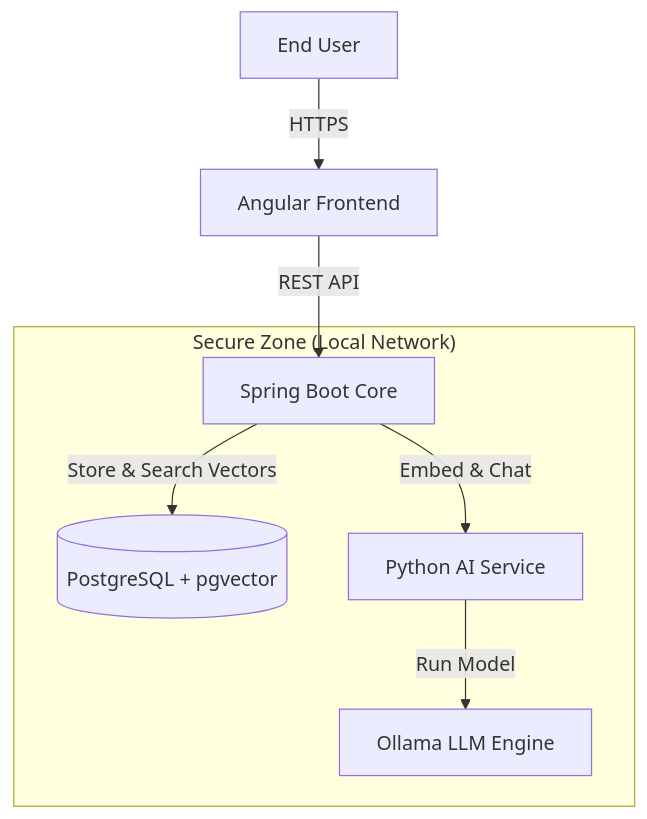
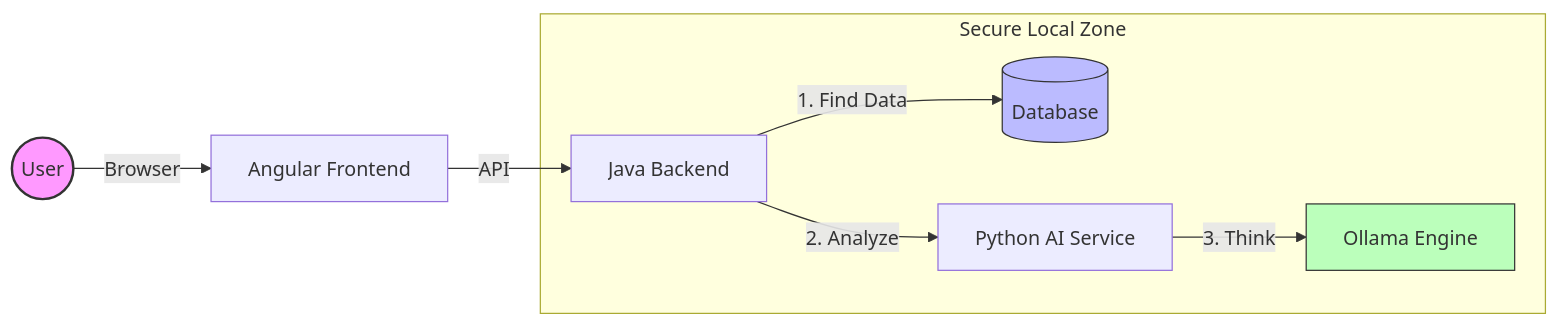
One commit to m4rc0z/securedoc-project changed the first of 2 diagrams in README.md. Above: the diagram before and after it, drawn with Mermaid. The commit also changed other lines of this file and 76 other files, not shown here.

````diff
--- a/README.md
+++ b/README.md
@@ -16,11 +16,15 @@
 ```mermaid
-graph TD
-    User[End User] -->|HTTPS| Frontend[Angular Frontend]
-    Frontend -->|REST API| Backend[Spring Boot Core]
+graph LR
+    User((User)) -->|Browser| UI[Angular Frontend]
+    UI -->|API| Backend[Java Backend]
     
-    subgraph "Secure Zone (Local Network)"
-        Backend -->|Store & Search Vectors| DB[(PostgreSQL + pgvector)]
-        Backend -->|Embed & Chat| AIService[Python AI Service]
-        AIService -->|Run Model| Ollama[Ollama LLM Engine]
+    subgraph "Secure Local Zone"
+        Backend -->|1. Find Data| DB[(Database)]
+        Backend -->|2. Analyze| AI_Service[Python AI Service]
+        AI_Service -->|3. Think| Llama[Ollama Engine]
     end
+    
+    style User fill:#f9f,stroke:#333,stroke-width:2px
+    style DB fill:#bbf,stroke:#333
+    style Llama fill:#bfb,stroke:#333
 ```
````
